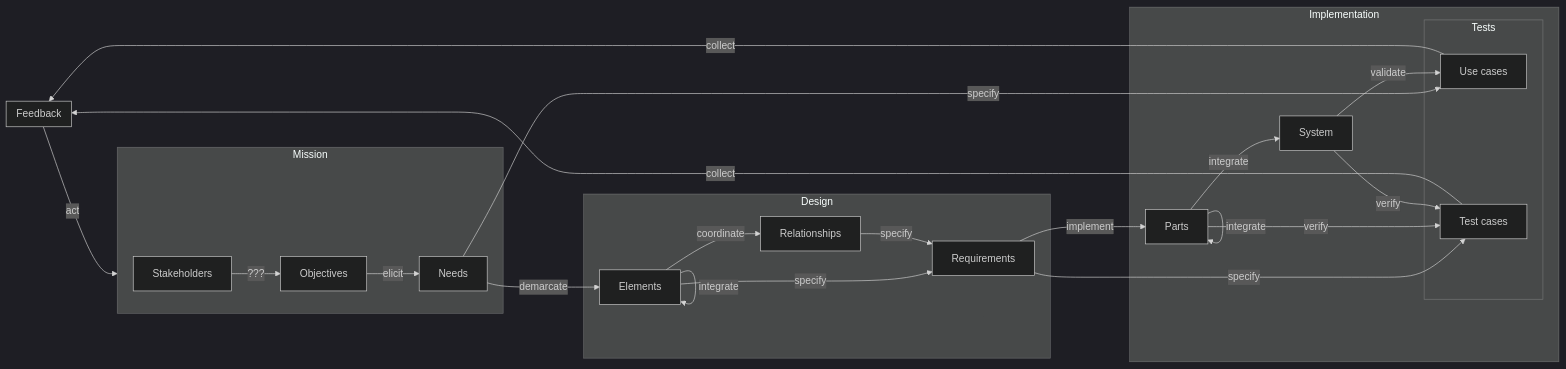
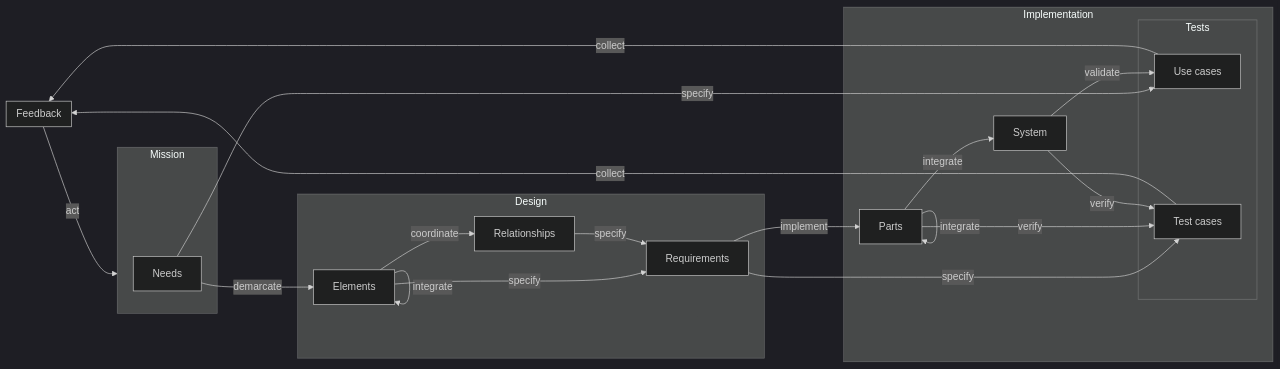
One commit to firstprinciplesthinking/paper_development_lifecycle changed diagram 11 of 14 in README.md. Above: the diagram before and after it, drawn with Mermaid (dark theme). The commit also changed other lines of this file, not shown here.

````diff
--- a/README.md
+++ b/README.md
@@ -354,53 +369,48 @@
 ```mermaid
    flowchart LR
       subgraph Design
          Elements
          Relationships
          Requirements
       end
 
       subgraph Implementation
          subgraph Tests
             UC["Use cases"]
             TC["Test cases"]
          end
          System["System"]
          Parts["Parts"]
       end
    
       subgraph Feedback
       end
 
       subgraph Mission
-         Stakeholders
-         Objectives
          Needs
       end
 
       Feedback--"act"-->Mission
 
       Parts--"integrate"-->System
       Parts--"integrate"-->Parts
       System~~~Parts
-
-      Stakeholders--"???"-->Objectives
-      Objectives--"elicit"-->Needs
 
       Elements--"specify"-->Requirements
       Relationships--"specify"-->Requirements
       Requirements--"implement"-->Parts
 
       Needs--"demarcate"-->Elements
       Elements--"coordinate"-->Relationships
       Elements--"integrate"-->Elements
 
       Needs--"specify"-->UC
       Requirements--"specify"-->TC
 
       Parts--"verify"-->TC
       System--"verify"-->TC
       System--"validate"-->UC
 
       TC--"collect"-->Feedback
       UC--"collect"-->Feedback
 ```
````
